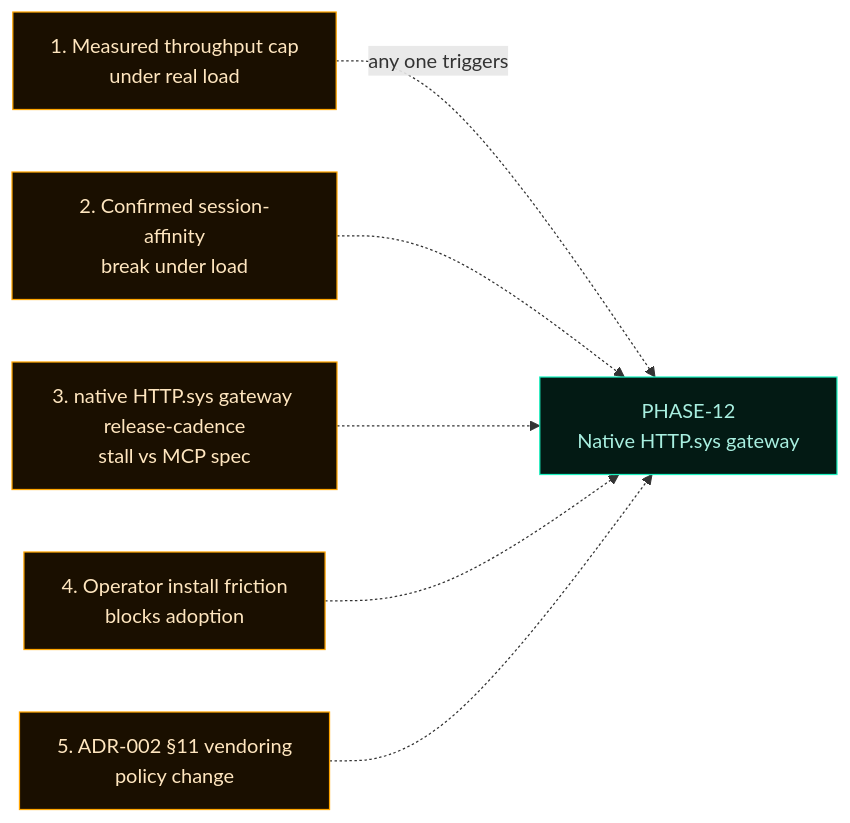
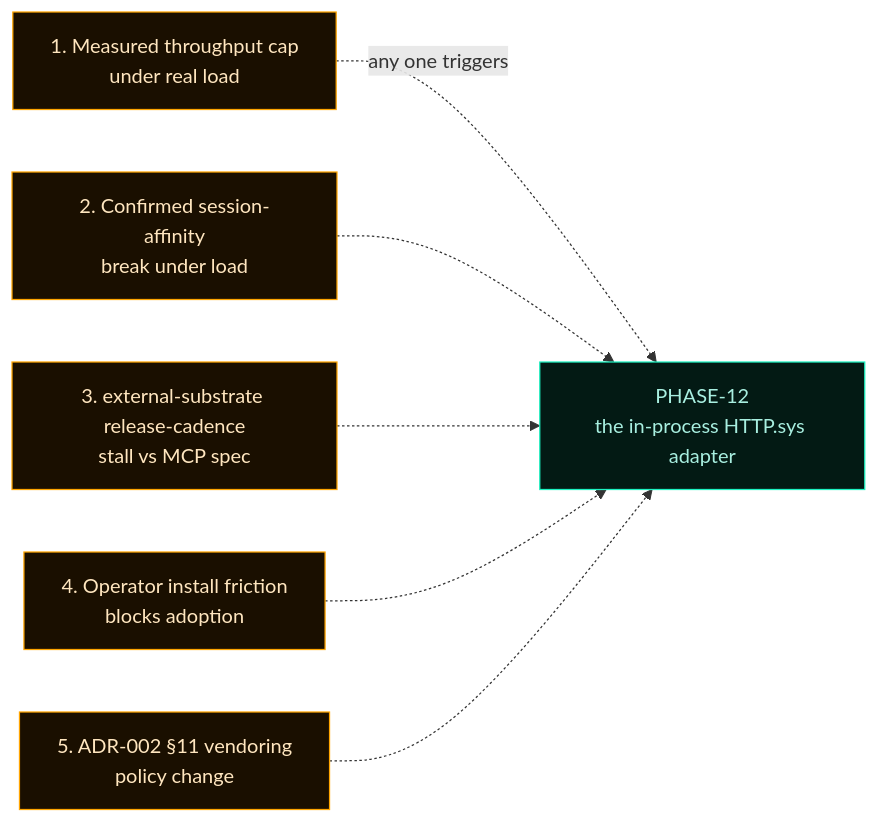
The third of 3 diagrams in docs/wiki/Architecture-Decisions.md (flynn33/Master-Control-Orchestration-Server), drawn with Mermaid before and after one commit. The commit also changed other lines of this file and 44 other files, not shown here.

````diff
--- a/docs/wiki/Architecture-Decisions.md
+++ b/docs/wiki/Architecture-Decisions.md
@@ -126,19 +126,19 @@
 ```mermaid
 flowchart LR
     classDef trigger fill:#1a0f00,stroke:#FFA500,color:#FFE6BF;
     classDef phase fill:#031a14,stroke:#1cf2c1,color:#a8efe0;
 
     T1[1. Measured throughput cap<br/>under real load]:::trigger
     T2[2. Confirmed session-affinity<br/>break under load]:::trigger
-    T3[3. native HTTP.sys gateway release-cadence<br/>stall vs MCP spec]:::trigger
+    T3[3. external-substrate release-cadence<br/>stall vs MCP spec]:::trigger
     T4[4. Operator install friction<br/>blocks adoption]:::trigger
     T5[5. ADR-002 §11 vendoring<br/>policy change]:::trigger
 
-    P12[PHASE-12<br/>Native HTTP.sys gateway]:::phase
+    P12[PHASE-12<br/>the in-process HTTP.sys adapter]:::phase
 
     T1 -.->|"any one triggers"| P12
     T2 -.-> P12
     T3 -.-> P12
     T4 -.-> P12
     T5 -.-> P12
 ```
````
